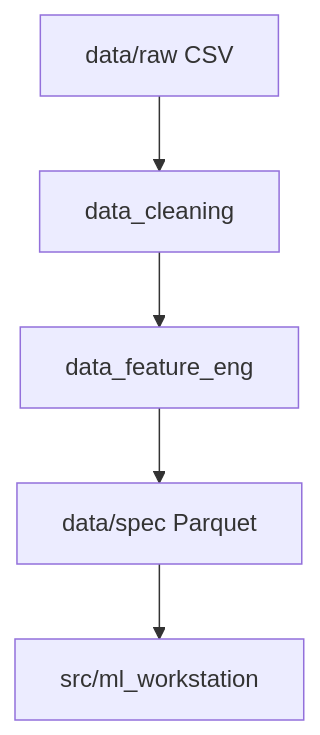
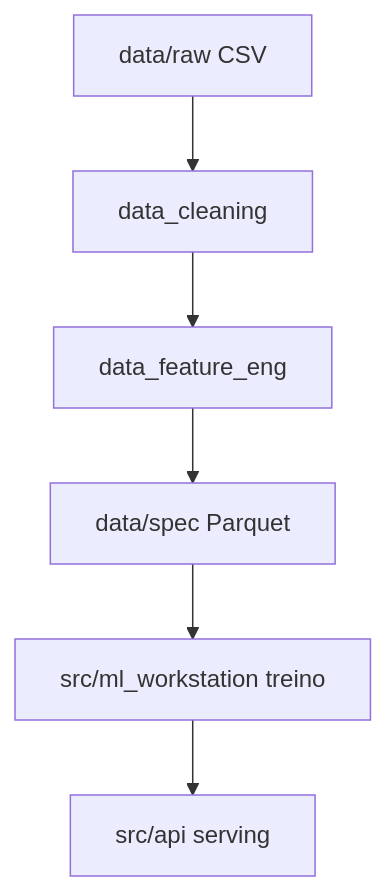
One commit to CarlosSenra/WeatherOps changed the diagram in core/README.md. Above: the diagram before and after it, drawn with Mermaid. The commit also changed other lines of this file and 7 other files, not shown here.

````diff
--- a/core/README.md
+++ b/core/README.md
@@ -32,7 +32,8 @@
 ```mermaid
 flowchart TD
     A[data/raw CSV] --> B[data_cleaning]
     B --> C[data_feature_eng]
     C --> D[data/spec Parquet]
-    D --> E[src/ml_workstation]
+    D --> E[src/ml_workstation treino]
+    E --> F[src/api serving]
 ```
````
